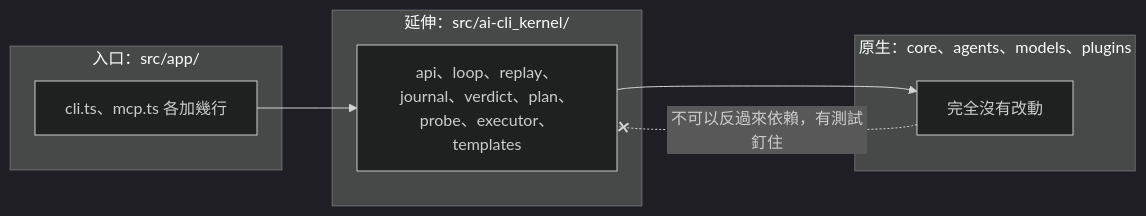
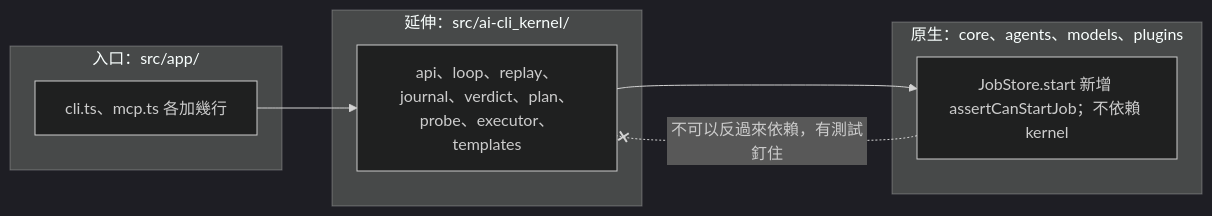
The second of 13 diagrams in docs/ai-cli_kernel/技術手冊.md (moerasermax/tkflyc-ai-cli), drawn with Mermaid (dark theme) before and after one commit. The commit also changed other lines of this file and 14 other files, not shown here.

````diff
--- a/docs/ai-cli_kernel/技術手冊.md
+++ b/docs/ai-cli_kernel/技術手冊.md
@@ -58,15 +58,15 @@
 ```mermaid
 flowchart LR
   subgraph EXT["延伸：src/ai-cli_kernel/"]
     K["api、loop、replay、journal、verdict、plan、probe、executor、templates"]
   end
   subgraph APP["入口：src/app/"]
     A["cli.ts、mcp.ts 各加幾行"]
   end
   subgraph CORE["原生：core、agents、models、plugins"]
-    C["完全沒有改動"]
+    C["JobStore.start 新增 assertCanStartJob；不依賴 kernel"]
   end
   A --> K
   K --> C
   C -. "不可以反過來依賴，有測試釘住" .-x K
 ```
````
